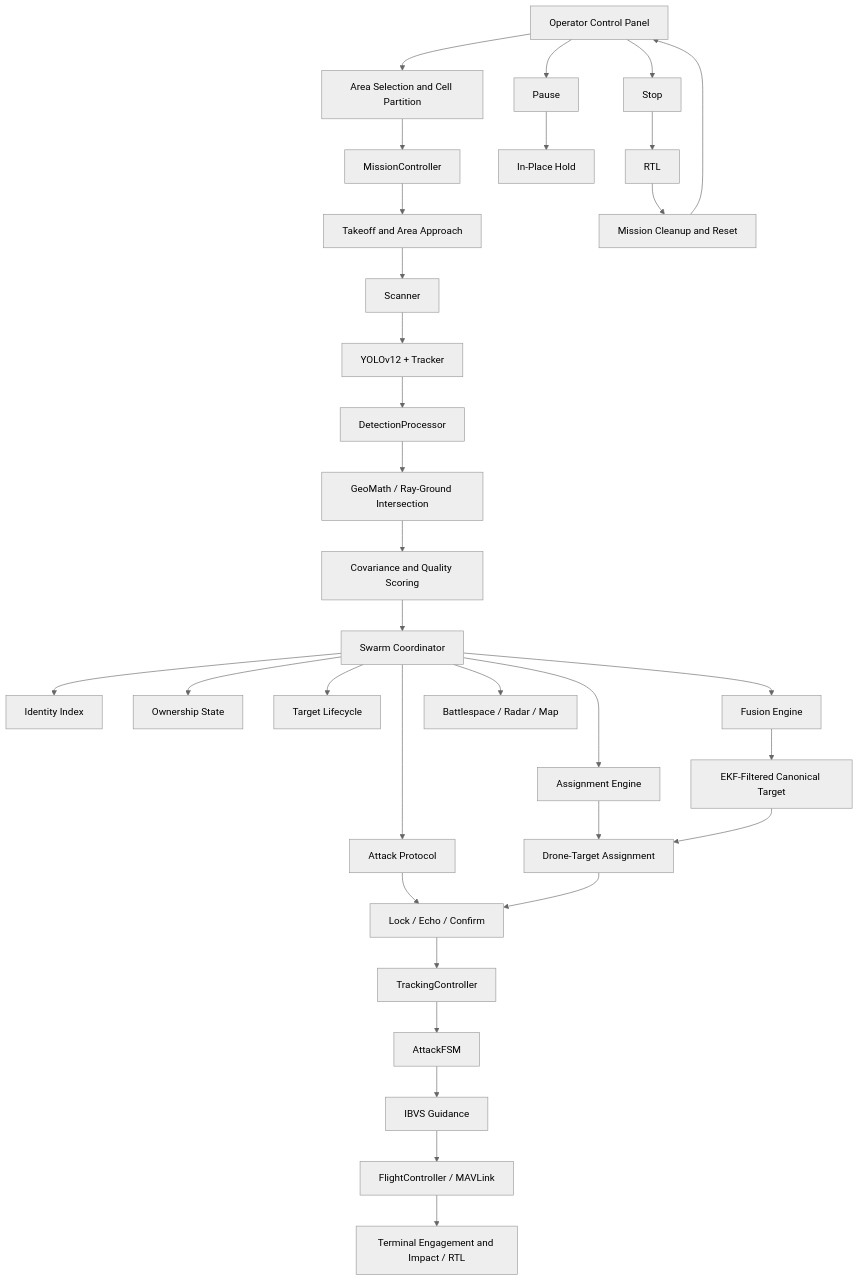
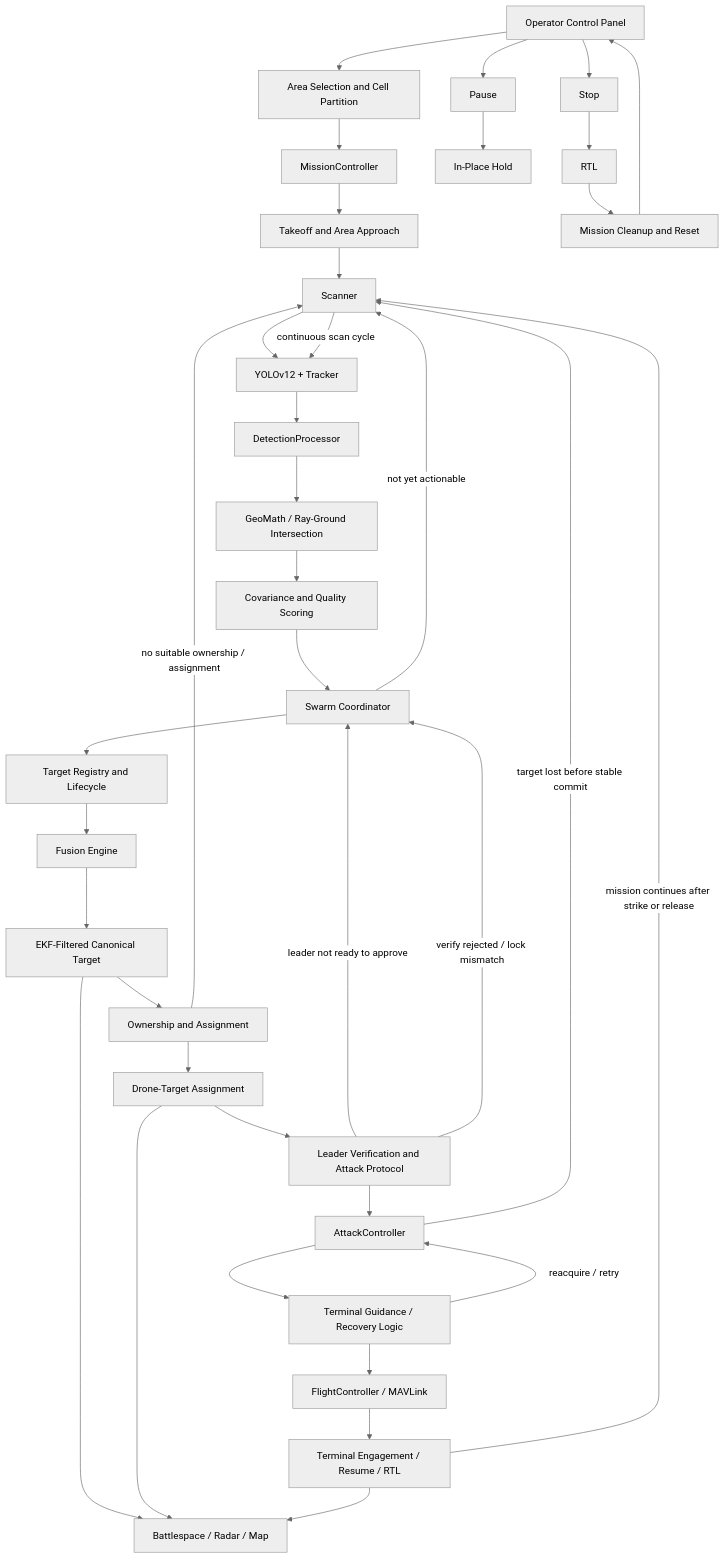
One commit to koesan/ORCUS changed the first of 4 diagrams in README.md. Above: the diagram before and after it, drawn with Mermaid (neutral theme). The commit also changed other lines of this file and 48 other files, not shown here.

````diff
--- a/README.md
+++ b/README.md
@@ -67,39 +74,43 @@
 ```mermaid
 flowchart TD
     A[Operator Control Panel] --> B[Area Selection and Cell Partition]
     B --> C[MissionController]
     C --> D[Takeoff and Area Approach]
     D --> E[Scanner]
     E --> F[YOLOv12 + Tracker]
     F --> G[DetectionProcessor]
     G --> H[GeoMath / Ray-Ground Intersection]
     H --> I[Covariance and Quality Scoring]
     I --> J[Swarm Coordinator]
 
-    J --> K[Identity Index]
-    J --> L[Ownership State]
-    J --> M[Target Lifecycle]
-    J --> N[Fusion Engine]
-    J --> O[Assignment Engine]
-    J --> P[Attack Protocol]
-    J --> Q[Battlespace / Radar / Map]
+    J --> K[Target Registry and Lifecycle]
+    K --> L[Fusion Engine]
+    L --> M[EKF-Filtered Canonical Target]
+    M --> N[Ownership and Assignment]
+    N --> O[Drone-Target Assignment]
+    O --> P[Leader Verification and Attack Protocol]
+    P --> Q[AttackController]
+    Q --> R[Terminal Guidance / Recovery Logic]
+    R --> S[FlightController / MAVLink]
+    S --> T[Terminal Engagement / Resume / RTL]
 
-    N --> R[EKF-Filtered Canonical Target]
-    O --> S[Drone-Target Assignment]
-    P --> T[Lock / Echo / Confirm]
+    M --> U[Battlespace / Radar / Map]
+    O --> U
+    T --> U
 
-    R --> S
-    S --> T
-    T --> U[TrackingController]
-    U --> V[AttackFSM]
-    V --> W[IBVS Guidance]
-    W --> X[FlightController / MAVLink]
-    X --> Y[Terminal Engagement and Impact / RTL]
+    E -->|continuous scan cycle| F
+    J -->|not yet actionable| E
+    N -->|no suitable ownership / assignment| E
+    P -->|leader not ready to approve| J
+    P -->|verify rejected / lock mismatch| J
+    Q -->|target lost before stable commit| E
+    R -->|reacquire / retry| Q
+    T -->|mission continues after strike or release| E
 
-    A --> AB[Pause]
-    A --> AC[Stop]
-    AB --> AD[In-Place Hold]
-    AC --> AE[RTL]
-    AE --> AF[Mission Cleanup and Reset]
-    AF --> A
+    A --> V[Pause]
+    A --> W[Stop]
+    V --> X[In-Place Hold]
+    W --> Y[RTL]
+    Y --> Z[Mission Cleanup and Reset]
+    Z --> A
 ```
````
